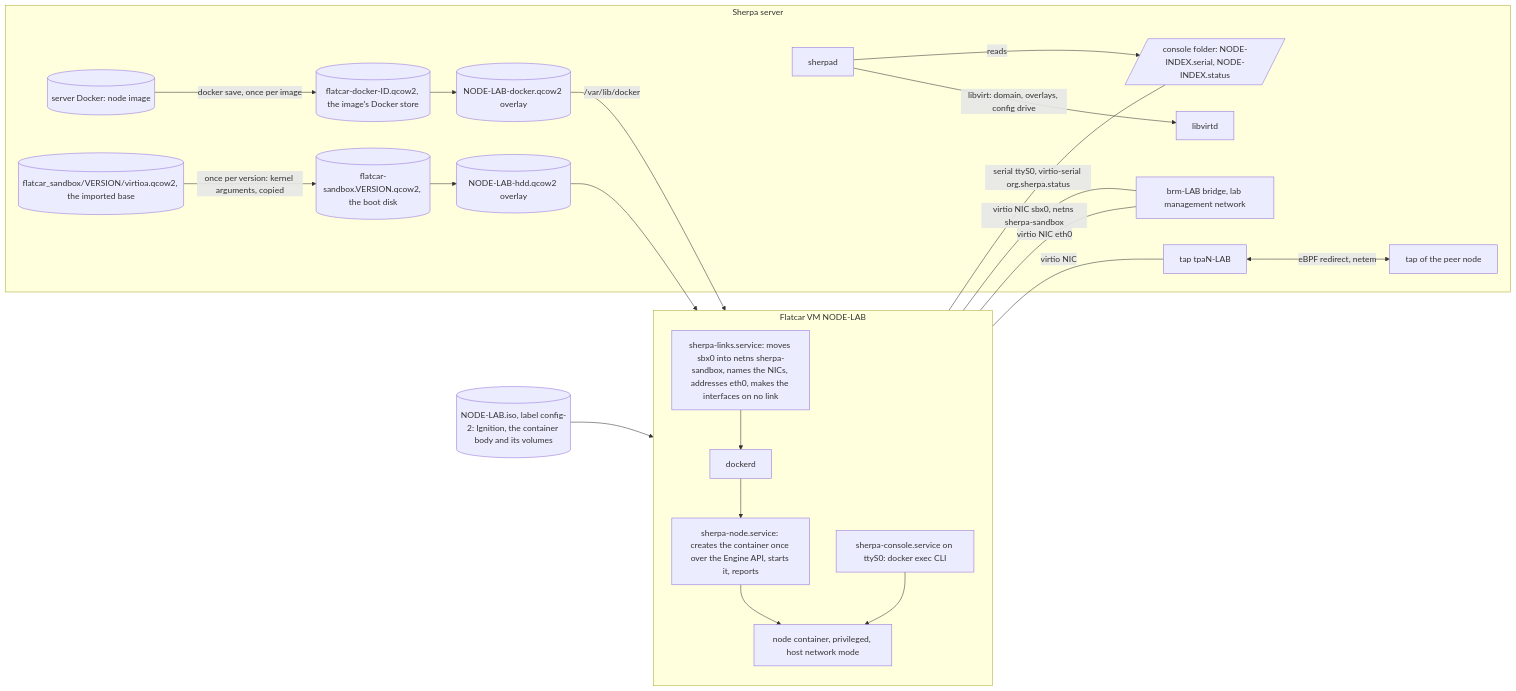
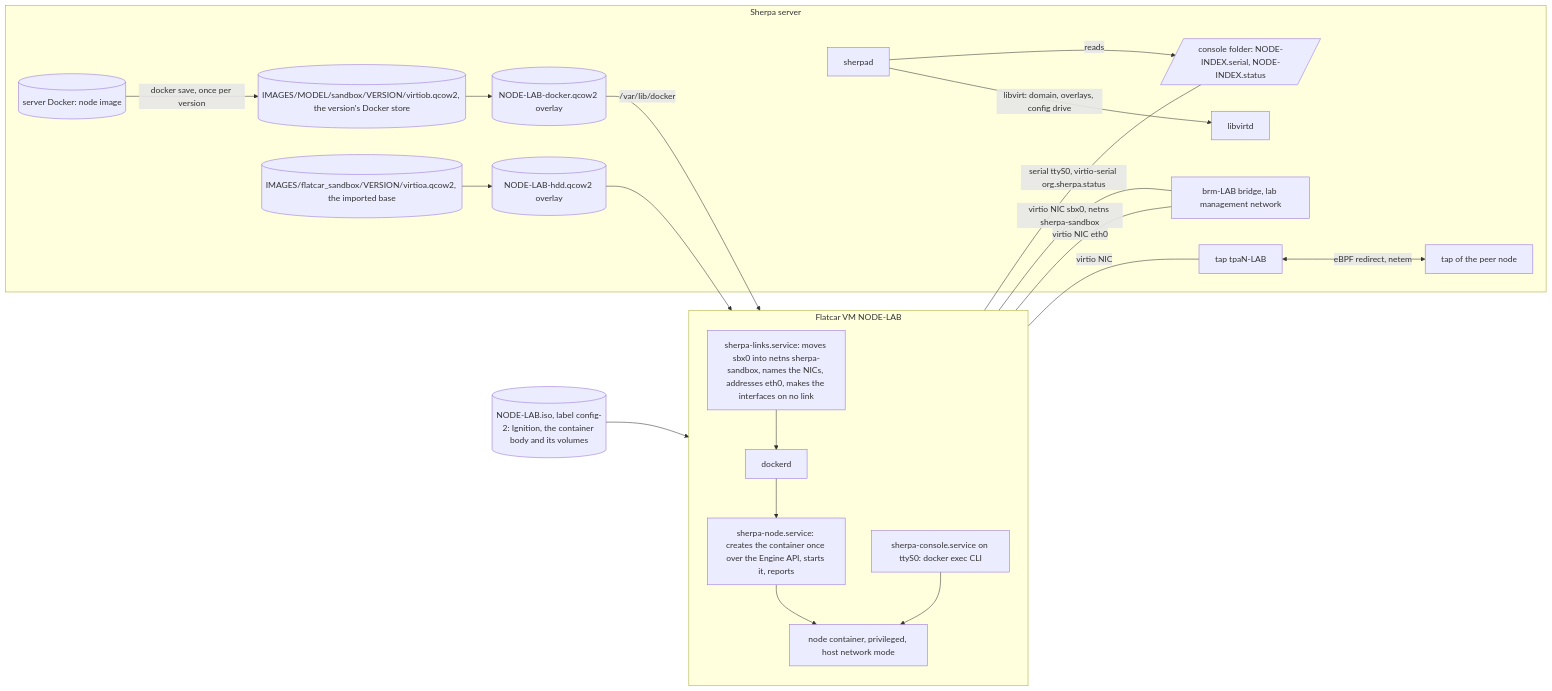
One commit to bwks/sherpa changed the first of 5 diagrams in docs/architecture/SANDBOX.md. Above: the diagram before and after it, drawn with Mermaid. The commit also changed other lines of this file and 2 other files, not shown here.

First line of the commit message:
docs(sandbox): no boot disk, Docker stores in the images folder (#683)

````diff
--- a/docs/architecture/SANDBOX.md
+++ b/docs/architecture/SANDBOX.md
@@ -20,27 +20,26 @@
 ```mermaid
 flowchart LR
   subgraph host[Sherpa server]
     S[sherpad] -->|libvirt: domain, overlays, config drive| L[libvirtd]
-    D[(server Docker: node image)] -->|docker save, once per image| ST[(flatcar-docker-ID.qcow2, the image's Docker store)]
-    B[(flatcar_sandbox/VERSION/virtioa.qcow2, the imported base)] -->|once per version: kernel arguments, copied| BD[(flatcar-sandbox.VERSION.qcow2, the boot disk)]
-    BD --> O[(NODE-LAB-hdd.qcow2 overlay)]
+    D[(server Docker: node image)] -->|docker save, once per version| ST[(IMAGES/MODEL/sandbox/VERSION/virtiob.qcow2, the version's Docker store)]
+    B[(IMAGES/flatcar_sandbox/VERSION/virtioa.qcow2, the imported base)] --> O[(NODE-LAB-hdd.qcow2 overlay)]
     ST --> OD[(NODE-LAB-docker.qcow2 overlay)]
     T1[tap tpaN-LAB] <-->|eBPF redirect, netem| T2[tap of the peer node]
     M[brm-LAB bridge, lab management network]
     SOCK[/console folder: NODE-INDEX.serial, NODE-INDEX.status/]
     S -->|reads| SOCK
   end
   subgraph V[Flatcar VM NODE-LAB]
     LK[sherpa-links.service: moves sbx0 into netns sherpa-sandbox, names the NICs, addresses eth0, makes the interfaces on no link] --> DK[dockerd]
     DK --> N[sherpa-node.service: creates the container once over the Engine API, starts it, reports]
     N --> C[node container, privileged, host network mode]
     CON[sherpa-console.service on ttyS0: docker exec CLI] --> C
   end
   O --> V
   OD -->|/var/lib/docker| V
   ISO[(NODE-LAB.iso, label config-2: Ignition, the container body and its volumes)] --> V
   V ---|virtio NIC| T1
   V ---|virtio NIC eth0| M
   V ---|virtio NIC sbx0, netns sherpa-sandbox| M
   V ---|serial ttyS0, virtio-serial org.sherpa.status| SOCK
 ```
````
